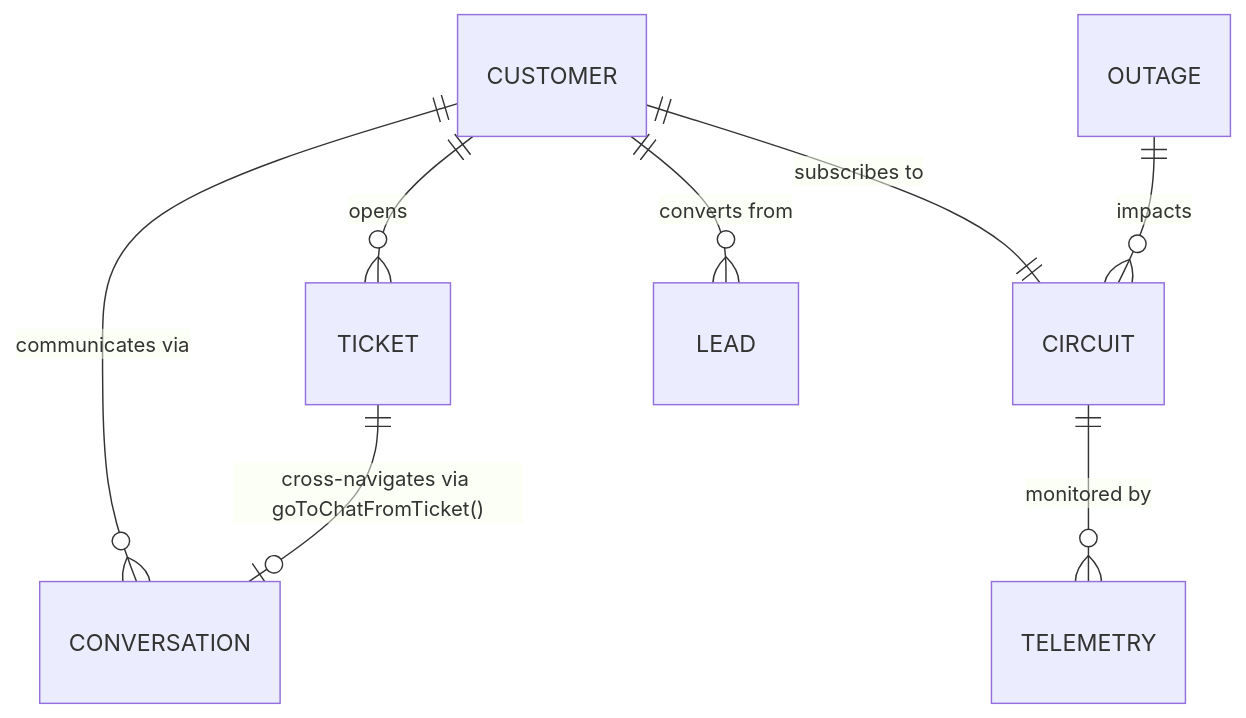
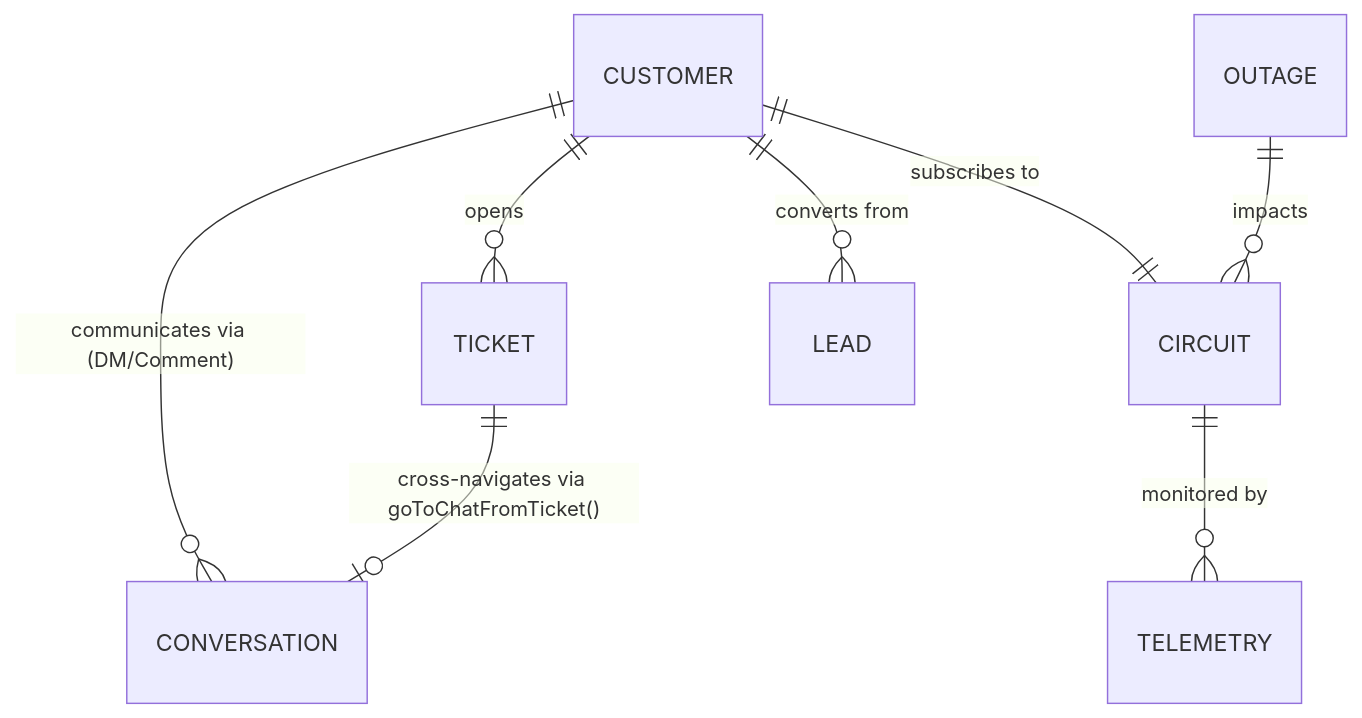
The diagram in docs/SHARED_DATA_CONTRACT.md (lEVI2889/spacenet), drawn with Mermaid before and after one commit. The commit also changed other lines of this file and 3 other files, not shown here.

````diff
--- a/docs/SHARED_DATA_CONTRACT.md
+++ b/docs/SHARED_DATA_CONTRACT.md
@@ -138,10 +233,10 @@
 ```mermaid
 erDiagram
-    CUSTOMER ||--o{ CONVERSATION : "communicates via"
+    CUSTOMER ||--o{ CONVERSATION : "communicates via (DM/Comment)"
     CUSTOMER ||--o{ TICKET : "opens"
     CUSTOMER ||--|| CIRCUIT : "subscribes to"
     CIRCUIT ||--o{ TELEMETRY : "monitored by"
     CUSTOMER ||--o{ LEAD : "converts from"
     TICKET ||--o| CONVERSATION : "cross-navigates via goToChatFromTicket()"
     OUTAGE ||--o{ CIRCUIT : "impacts"
 ```
````
